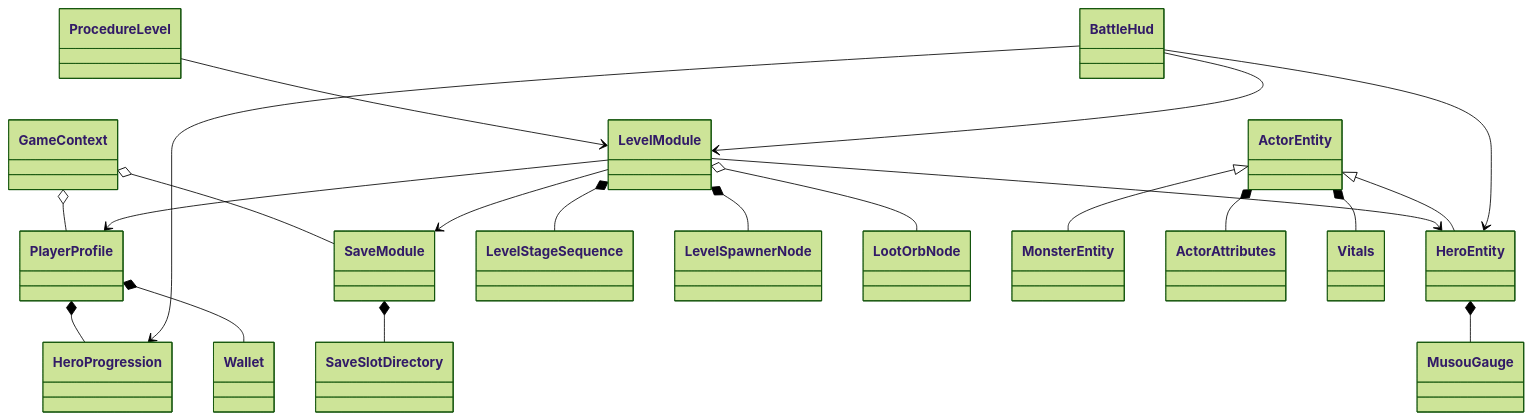
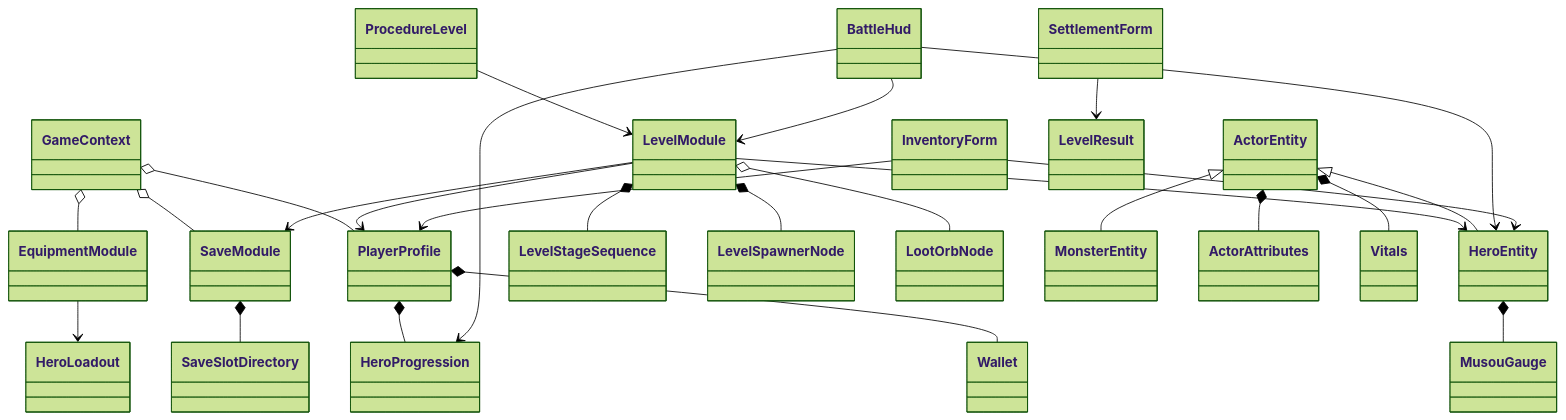
The first of 2 diagrams in Docs/ProjectTour.md (zheliku/GameZMXY), drawn with Mermaid (forest theme) before and after one commit. The commit also changed other lines of this file and 110 other files, not shown here.

````diff
--- a/Docs/ProjectTour.md
+++ b/Docs/ProjectTour.md
@@ -13,23 +13,28 @@
 ```mermaid
 classDiagram
     GameContext o-- PlayerProfile
     GameContext o-- SaveModule
+    GameContext o-- EquipmentModule
+    EquipmentModule --> HeroLoadout
     PlayerProfile *-- HeroProgression
     PlayerProfile *-- Wallet
     SaveModule *-- SaveSlotDirectory
     ProcedureLevel --> LevelModule
     LevelModule --> PlayerProfile
     LevelModule --> SaveModule
     LevelModule --> HeroEntity
     LevelModule *-- LevelStageSequence
     LevelModule *-- LevelSpawnerNode
     LevelModule o-- LootOrbNode
     ActorEntity <|-- HeroEntity
     ActorEntity <|-- MonsterEntity
     ActorEntity *-- ActorAttributes
     ActorEntity *-- Vitals
     HeroEntity *-- MusouGauge
     BattleHud --> HeroEntity
     BattleHud --> HeroProgression
     BattleHud --> LevelModule
+    InventoryForm --> HeroEntity
+    InventoryForm --> PlayerProfile
+    SettlementForm --> LevelResult
 ```
````
